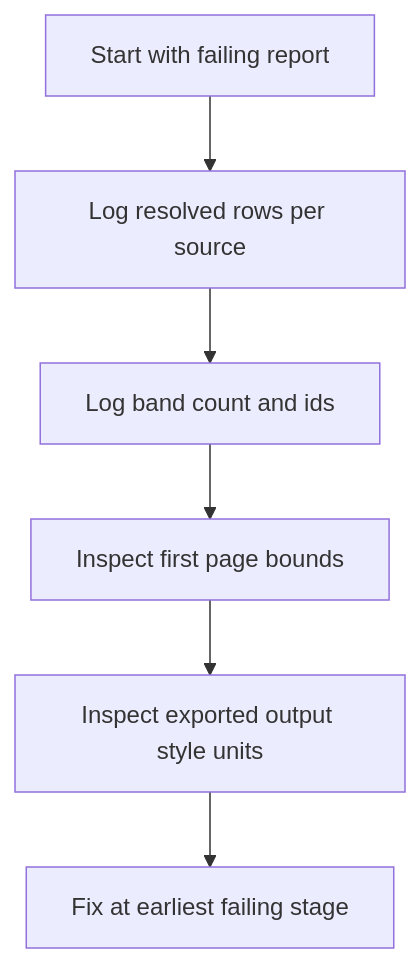
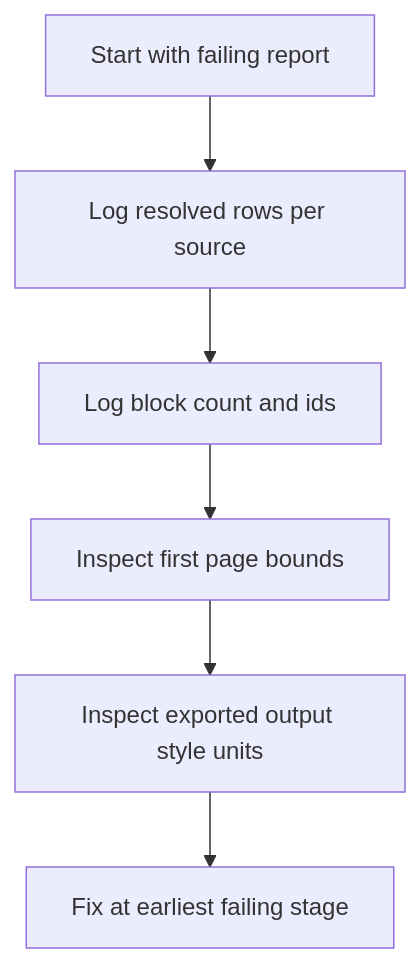
Before and after one commit to Netcodr81/kinetic-reports: the diagram in docs/11-troubleshooting-and-debugging.md, drawn with Mermaid. The commit also changed other lines of this file and 49 other files, not shown here.

````diff
--- a/docs/11-troubleshooting-and-debugging.md
+++ b/docs/11-troubleshooting-and-debugging.md
@@ -28,8 +28,8 @@
 ```mermaid
 flowchart TB
 	A[Start with failing report] --> B[Log resolved rows per source]
-	B --> C[Log band count and ids]
+	B --> C[Log block count and ids]
 	C --> D[Inspect first page bounds]
 	D --> E[Inspect exported output style units]
 	E --> F[Fix at earliest failing stage]
 ```
````
